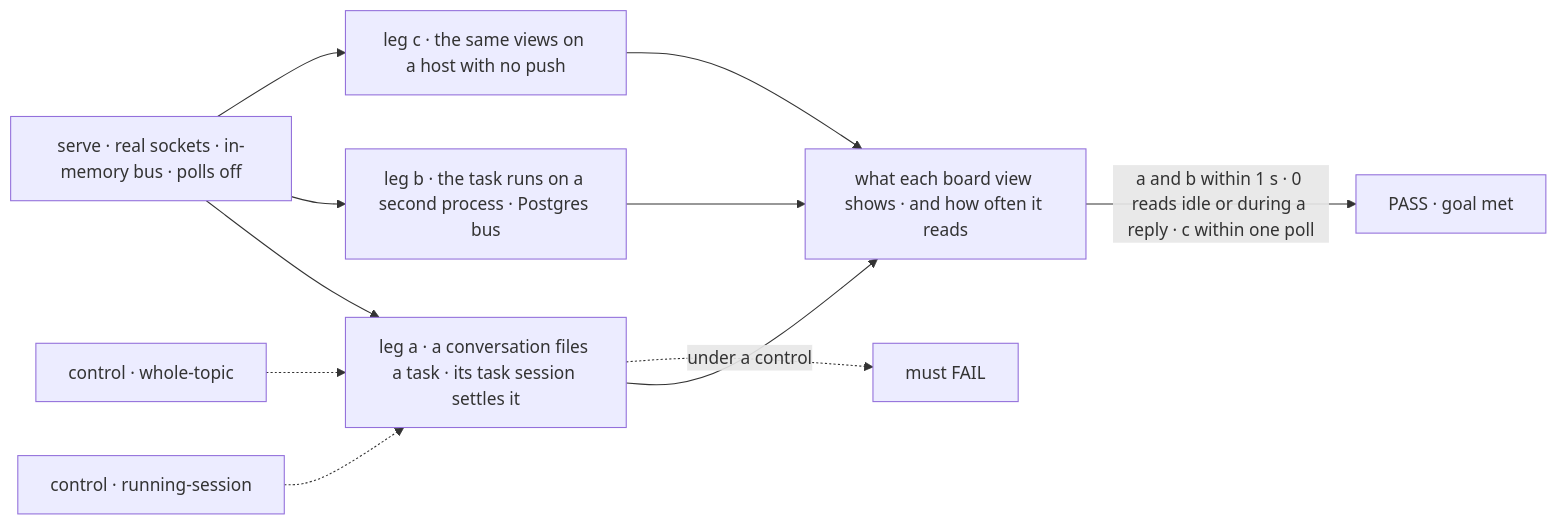
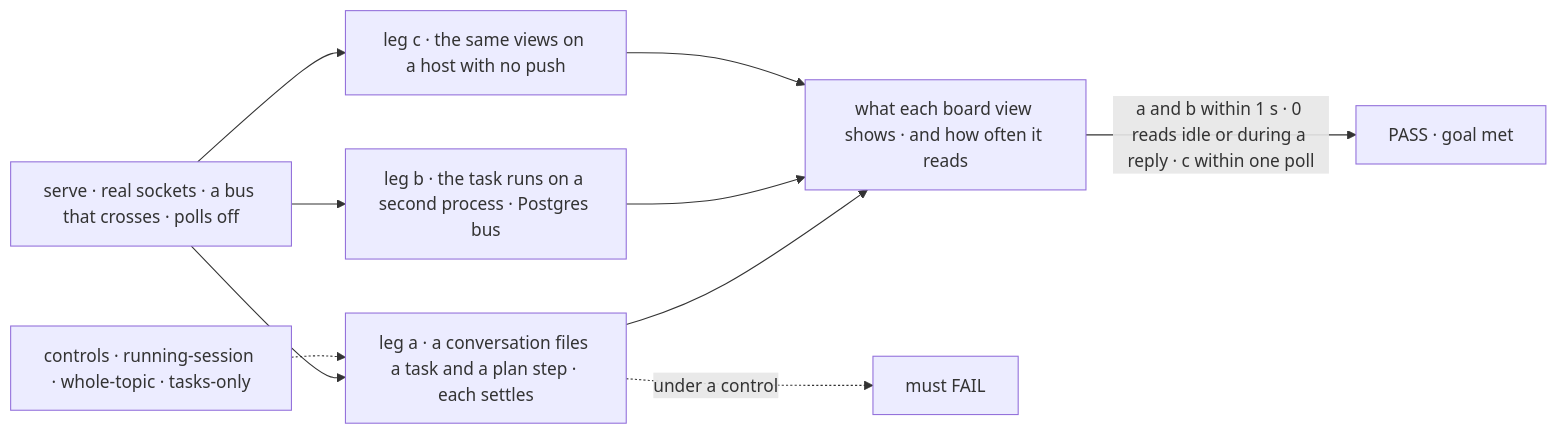
One commit to fixpoint-labs/flow-state-dev changed the first of 2 diagrams in specs/issues/FIX-2429/SPEC.md. Above: the diagram before and after it, drawn with Mermaid. The commit also changed other lines of this file and 13 other files, not shown here.

````diff
--- a/specs/issues/FIX-2429/SPEC.md
+++ b/specs/issues/FIX-2429/SPEC.md
@@ -33,13 +34,12 @@
 ```mermaid
 flowchart LR
-  A["serve · real sockets · in-memory bus · polls off"] --> L1["leg a · a conversation files a task · its task session settles it"]
+  A["serve · real sockets · a bus that crosses · polls off"] --> L1["leg a · a conversation files a task and a plan step · each settles"]
   A --> L2["leg b · the task runs on a second process · Postgres bus"]
   A --> L3["leg c · the same views on a host with no push"]
   L1 --> T["what each board view shows · and how often it reads"]
   L2 --> T
   L3 --> T
   T -->|"a and b within 1 s · 0 reads idle or during a reply · c within one poll"| P["PASS · goal met"]
-  C1["control · running-session"] -.-> L1
-  C2["control · whole-topic"] -.-> L1
+  C["controls · running-session · whole-topic · tasks-only"] -.-> L1
   L1 -.->|"under a control"| F["must FAIL"]
 ```
````
